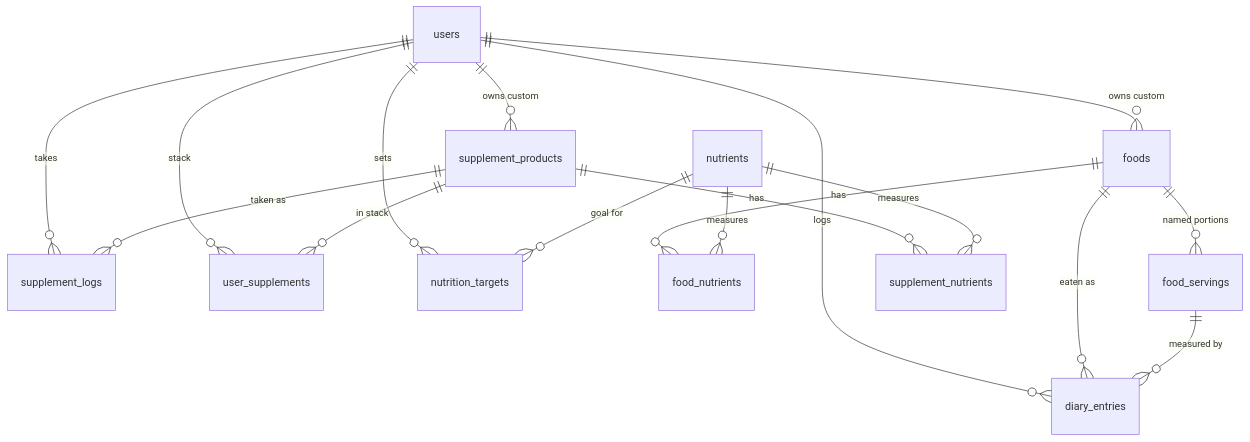
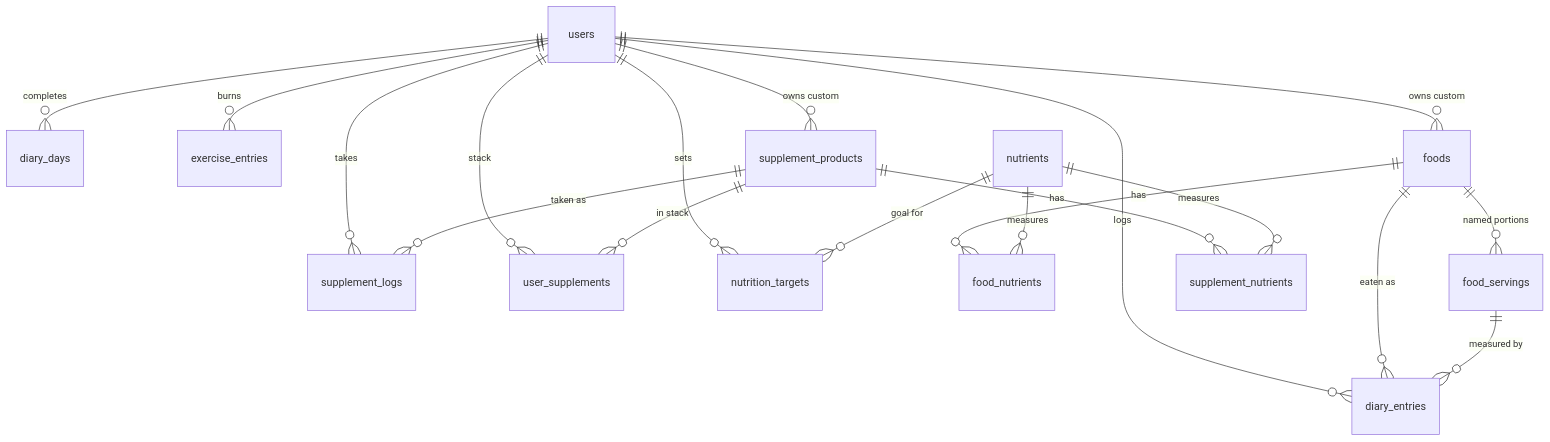
Before and after one commit to iwalumua/macrosandcalorie: the diagram in docs/DATA_MODEL.md, drawn with Mermaid. The commit also changed other lines of this file and 72 other files, not shown here.

````diff
--- a/docs/DATA_MODEL.md
+++ b/docs/DATA_MODEL.md
@@ -6,22 +6,24 @@
 ```mermaid
 erDiagram
   users ||--o{ diary_entries : logs
   users ||--o{ supplement_logs : takes
+  users ||--o{ diary_days : "completes"
+  users ||--o{ exercise_entries : "burns"
   users ||--o{ user_supplements : "stack"
   users ||--o{ nutrition_targets : sets
   users ||--o{ foods : "owns custom"
   users ||--o{ supplement_products : "owns custom"
 
   foods ||--o{ food_nutrients : has
   foods ||--o{ food_servings : "named portions"
   foods ||--o{ diary_entries : "eaten as"
   food_servings ||--o{ diary_entries : "measured by"
 
   supplement_products ||--o{ supplement_nutrients : has
   supplement_products ||--o{ supplement_logs : "taken as"
   supplement_products ||--o{ user_supplements : "in stack"
 
   nutrients ||--o{ food_nutrients : measures
   nutrients ||--o{ supplement_nutrients : measures
   nutrients ||--o{ nutrition_targets : "goal for"
 ```
````
